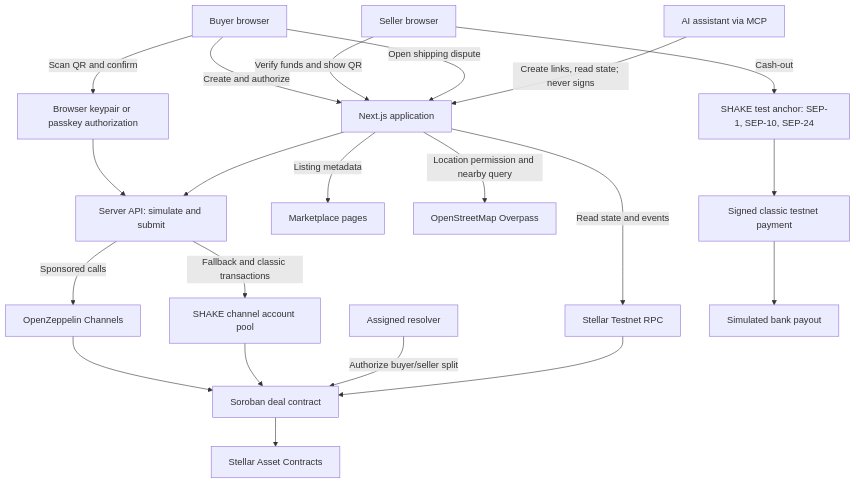
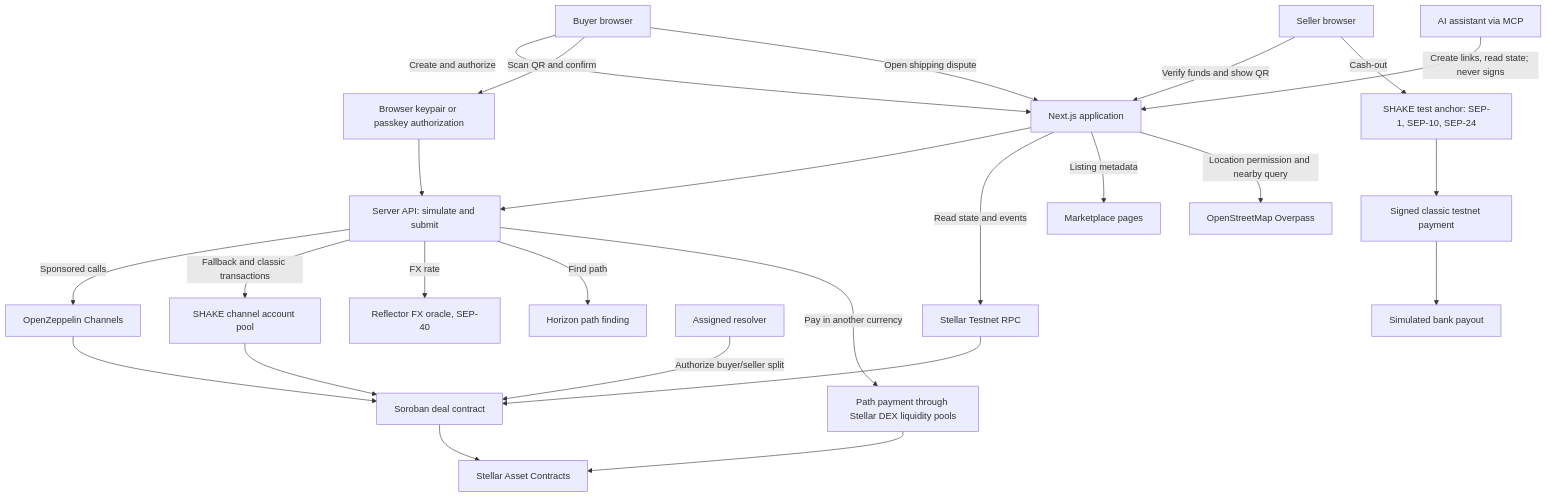
One commit to franciscogfsm/shake changed the first of 2 diagrams in README.md. Above: the diagram before and after it, drawn with Mermaid. The commit also changed other lines of this file and 68 other files, not shown here.

````diff
--- a/README.md
+++ b/README.md
@@ -188,23 +221,27 @@
 ```mermaid
 flowchart TD
     Buyer[Buyer browser] -->|Create and authorize| App[Next.js application]
     Seller[Seller browser] -->|Verify funds and show QR| App
     Buyer -->|Scan QR and confirm| Auth[Browser keypair or passkey authorization]
     Auth --> API[Server API: simulate and submit]
     App --> API
     API -->|Sponsored calls| Channels[OpenZeppelin Channels]
     API -->|Fallback and classic transactions| Pool[SHAKE channel account pool]
     Channels --> Contract[Soroban deal contract]
     Pool --> Contract
     Contract --> Assets[Stellar Asset Contracts]
+    API -->|FX rate| Reflector[Reflector FX oracle, SEP-40]
+    API -->|Find path| Horizon[Horizon path finding]
+    API -->|Pay in another currency| DEX[Path payment through Stellar DEX liquidity pools]
+    DEX --> Assets
     Buyer -->|Open shipping dispute| App
     Resolver[Assigned resolver] -->|Authorize buyer/seller split| Contract
     App -->|Read state and events| RPC[Stellar Testnet RPC]
     RPC --> Contract
     App -->|Listing metadata| Listings[Marketplace pages]
     App -->|Location permission and nearby query| Maps[OpenStreetMap Overpass]
     Agent[AI assistant via MCP] -->|Create links, read state; never signs| App
     Seller -->|Cash-out| Anchor[SHAKE test anchor: SEP-1, SEP-10, SEP-24]
     Anchor --> Payment[Signed classic testnet payment]
     Payment --> Bank[Simulated bank payout]
 ```
````
